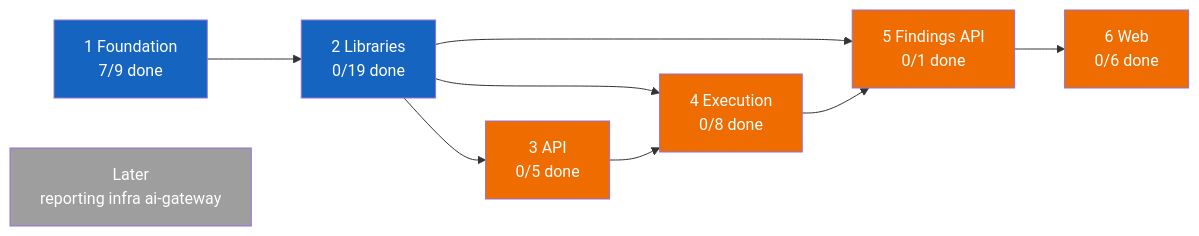
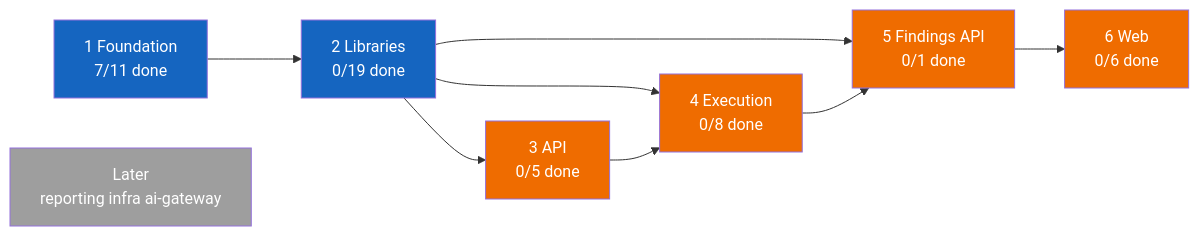
One commit to vulcanflow/docs changed the first of 2 diagrams in PROGRESS.md. Above: the diagram before and after it, drawn with Mermaid. The commit also changed other lines of this file and 1 other file, not shown here.

````diff
--- a/PROGRESS.md
+++ b/PROGRESS.md
@@ -24,31 +24,31 @@
 ```mermaid
 flowchart LR
-  P1["1 Foundation<br/>7/9 done"]
+  P1["1 Foundation<br/>7/11 done"]
   P2["2 Libraries<br/>0/19 done"]
   P3["3 API<br/>0/5 done"]
   P4["4 Execution<br/>0/8 done"]
   P5["5 Findings API<br/>0/1 done"]
   P6["6 Web<br/>0/6 done"]
   L["Later<br/>reporting infra ai-gateway"]
 
   P1 --> P2
   P2 --> P3
   P2 --> P4
   P3 --> P4
   P2 --> P5
   P4 --> P5
   P5 --> P6
 
   classDef done fill:#2e7d32,color:#fff
   classDef active fill:#1565c0,color:#fff
   classDef held fill:#9e9e9e,color:#fff
   classDef blocked fill:#ef6c00,color:#fff
 
   class P1 active
   class P2 active
   class P3 blocked
   class P4 blocked
   class P5 blocked
   class P6 blocked
   class L held
 ```
````
